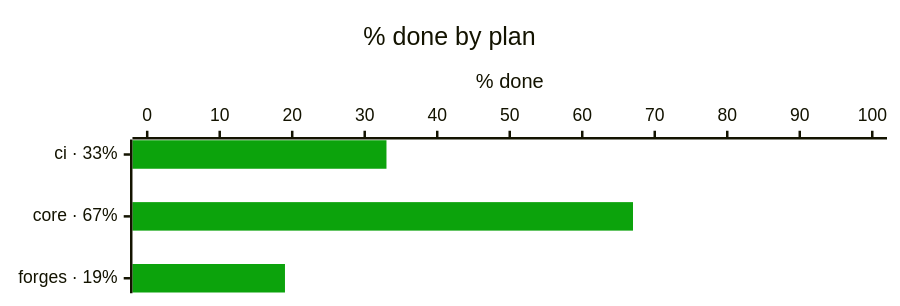
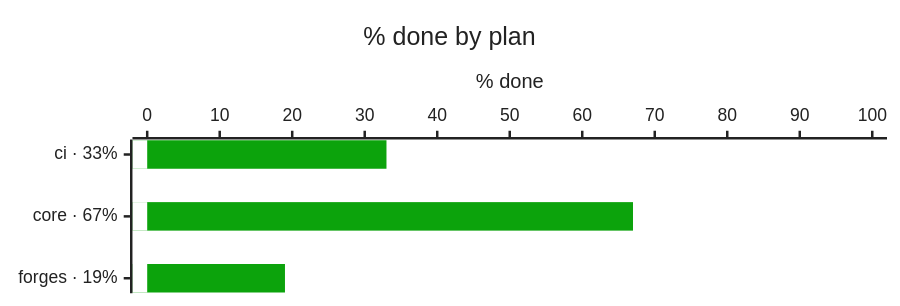
One commit to bvraghav/pmtrack changed the third of 4 diagrams in progress/README.md. Above: the diagram before and after it, drawn with Mermaid. The commit also changed other lines of this file, not shown here.

Commit message:
progress: update review [CI SKIP]

````diff
--- a/progress/README.md
+++ b/progress/README.md
@@ -32,8 +33,9 @@
 ```mermaid
-%%{init: {"themeVariables": {"xyChart": {"plotColorPalette": "#0ca30c"}}, "xyChart": {"height": 225}}}%%
+%%{init: {"themeVariables": {"xyChart": {"backgroundColor": "#ffffff", "titleColor": "#222222", "plotColorPalette": "#0ca30c,#ffffff", "xAxisLabelColor": "#222222", "xAxisTitleColor": "#222222", "xAxisTickColor": "#222222", "xAxisLineColor": "#222222", "yAxisLabelColor": "#222222", "yAxisTitleColor": "#222222", "yAxisTickColor": "#222222", "yAxisLineColor": "#222222"}}, "xyChart": {"height": 225}}}%%
 xychart-beta horizontal
   title "% done by plan"
   x-axis ["ci · 33%", "core · 67%", "forges · 19%"]
   y-axis "% done" 0 --> 100
   bar [33, 67, 19]
+  bar [0, 0, 0]
 ```
````
